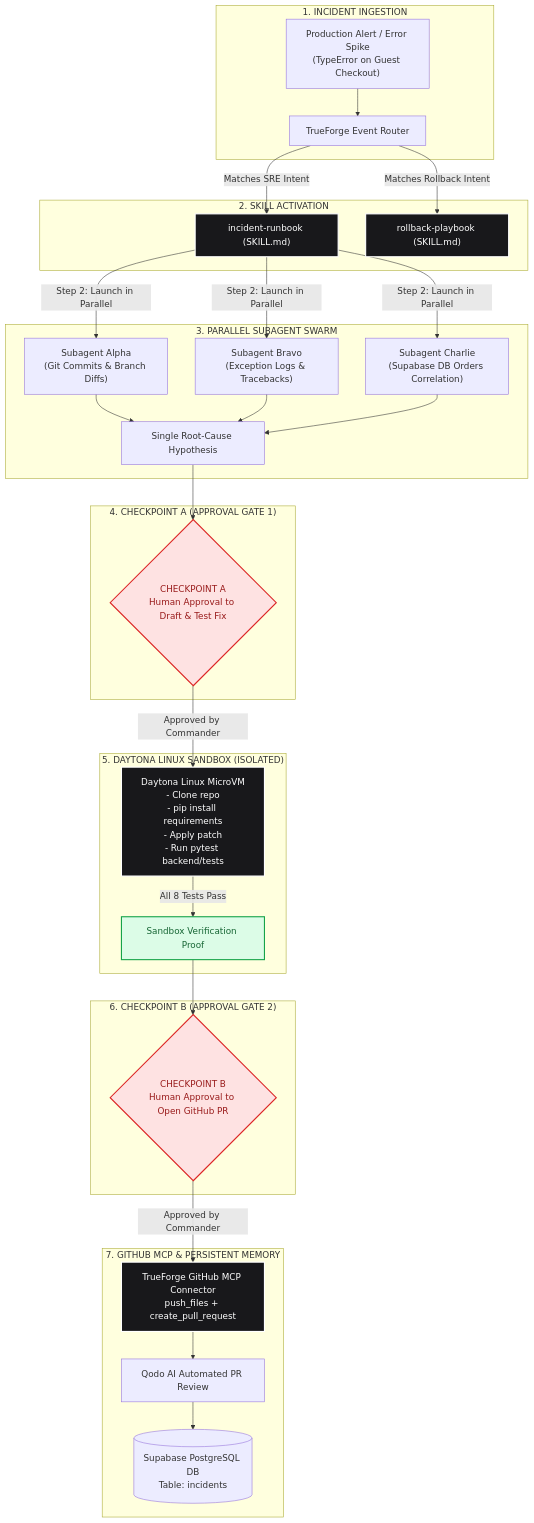
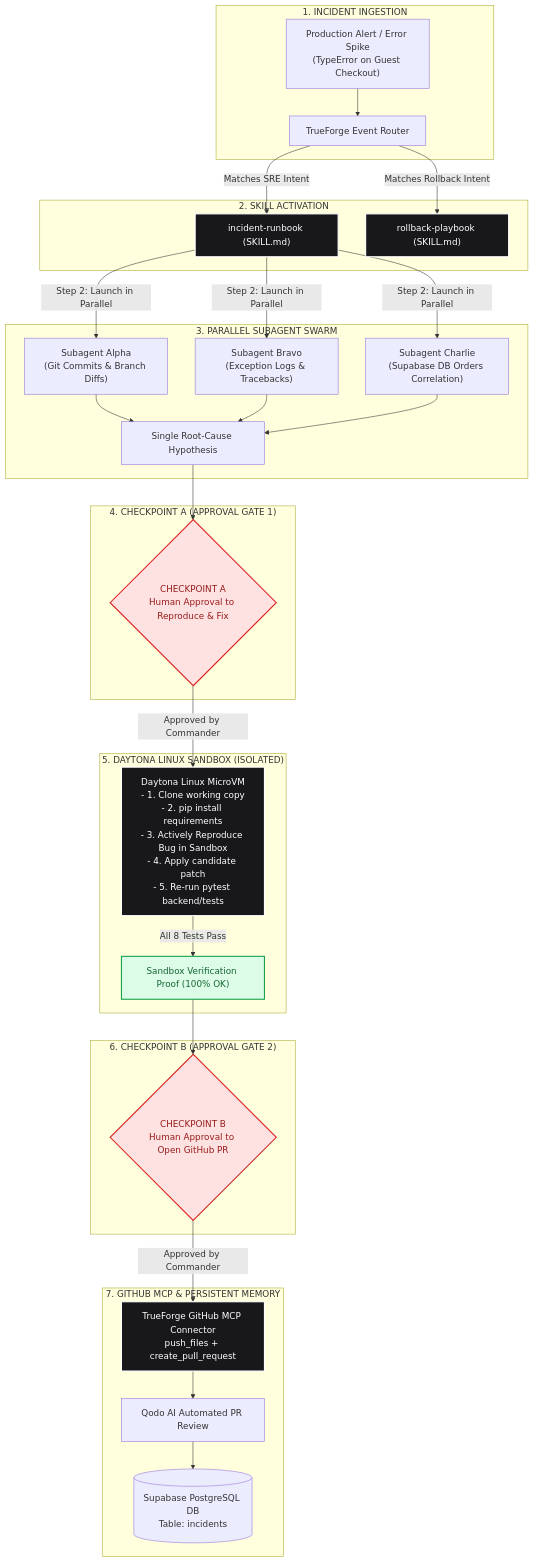
Before and after one commit to Sourjya-Saha/sentinelops-skills: the diagram in README.md, drawn with Mermaid. The commit also changed other lines of this file and 1 other file, not shown here.

Commit message:
docs: remove license, add landing page screenshot, and update SKILL.md with explicit sandbox bug reproduction step

````diff
--- a/README.md
+++ b/README.md
@@ -28,48 +27,48 @@
 ```mermaid
 flowchart TD
     subgraph TriggerLayer ["1. INCIDENT INGESTION"]
         Alert["Production Alert / Error Spike<br/>(TypeError on Guest Checkout)"] --> Dispatcher["TrueForge Event Router"]
     end
 
     subgraph SkillSelection ["2. SKILL ACTIVATION"]
         Dispatcher -->|Matches SRE Intent| Runbook["incident-runbook (SKILL.md)"]
         Dispatcher -->|Matches Rollback Intent| Playbook["rollback-playbook (SKILL.md)"]
     end
 
     subgraph SwarmExecution ["3. PARALLEL SUBAGENT SWARM"]
         Runbook -->|Step 2: Launch in Parallel| SubAlpha["Subagent Alpha<br/>(Git Commits & Branch Diffs)"]
         Runbook -->|Step 2: Launch in Parallel| SubBravo["Subagent Bravo<br/>(Exception Logs & Tracebacks)"]
         Runbook -->|Step 2: Launch in Parallel| SubCharlie["Subagent Charlie<br/>(Supabase DB Orders Correlation)"]
         
         SubAlpha --> Hypothesis["Single Root-Cause Hypothesis"]
         SubBravo --> Hypothesis
         SubCharlie --> Hypothesis
     end
 
     subgraph Gate1 ["4. CHECKPOINT A (APPROVAL GATE 1)"]
-        Hypothesis --> CheckpointA{"CHECKPOINT A<br/>Human Approval to Draft & Test Fix"}
+        Hypothesis --> CheckpointA{"CHECKPOINT A<br/>Human Approval to Reproduce & Fix"}
     end
 
     subgraph DaytonaIsolation ["5. DAYTONA LINUX SANDBOX (ISOLATED)"]
-        CheckpointA -->|Approved by Commander| Daytona["Daytona Linux MicroVM<br/>- Clone repo<br/>- pip install requirements<br/>- Apply patch<br/>- Run pytest backend/tests"]
-        Daytona -->|All 8 Tests Pass| Proof["Sandbox Verification Proof"]
+        CheckpointA -->|Approved by Commander| Daytona["Daytona Linux MicroVM<br/>- 1. Clone working copy<br/>- 2. pip install requirements<br/>- 3. Actively Reproduce Bug in Sandbox<br/>- 4. Apply candidate patch<br/>- 5. Re-run pytest backend/tests"]
+        Daytona -->|All 8 Tests Pass| Proof["Sandbox Verification Proof (100% OK)"]
     end
 
     subgraph Gate2 ["6. CHECKPOINT B (APPROVAL GATE 2)"]
         Proof --> CheckpointB{"CHECKPOINT B<br/>Human Approval to Open GitHub PR"}
     end
 
     subgraph GitHubAndQodo ["7. GITHUB MCP & PERSISTENT MEMORY"]
         CheckpointB -->|Approved by Commander| GitHubMCP["TrueForge GitHub MCP Connector<br/>push_files + create_pull_request"]
         GitHubMCP --> QodoReview["Qodo AI Automated PR Review"]
         QodoReview --> SupabaseMemory[("Supabase PostgreSQL DB<br/>Table: incidents")]
     end
 
     classDef redGate fill:#fee2e2,stroke:#dc2626,stroke-width:2px,color:#991b1b;
     classDef darkNode fill:#18181b,stroke:#ffffff,stroke-width:2px,color:#ffffff;
     classDef greenProof fill:#dcfce7,stroke:#16a34a,stroke-width:2px,color:#166534;
 
     class CheckpointA,CheckpointB redGate;
     class Runbook,Playbook,Daytona,GitHubMCP darkNode;
     class Proof greenProof;
 ```
````
